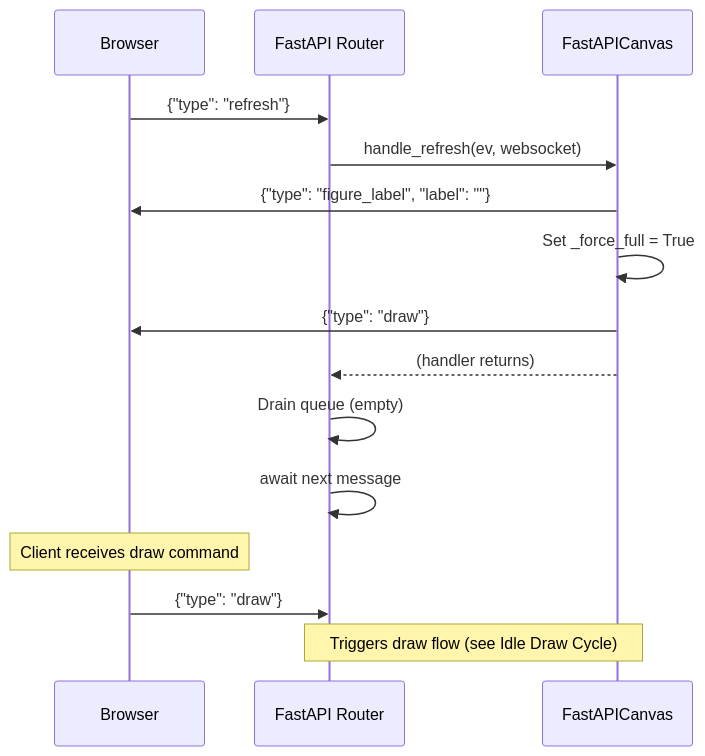
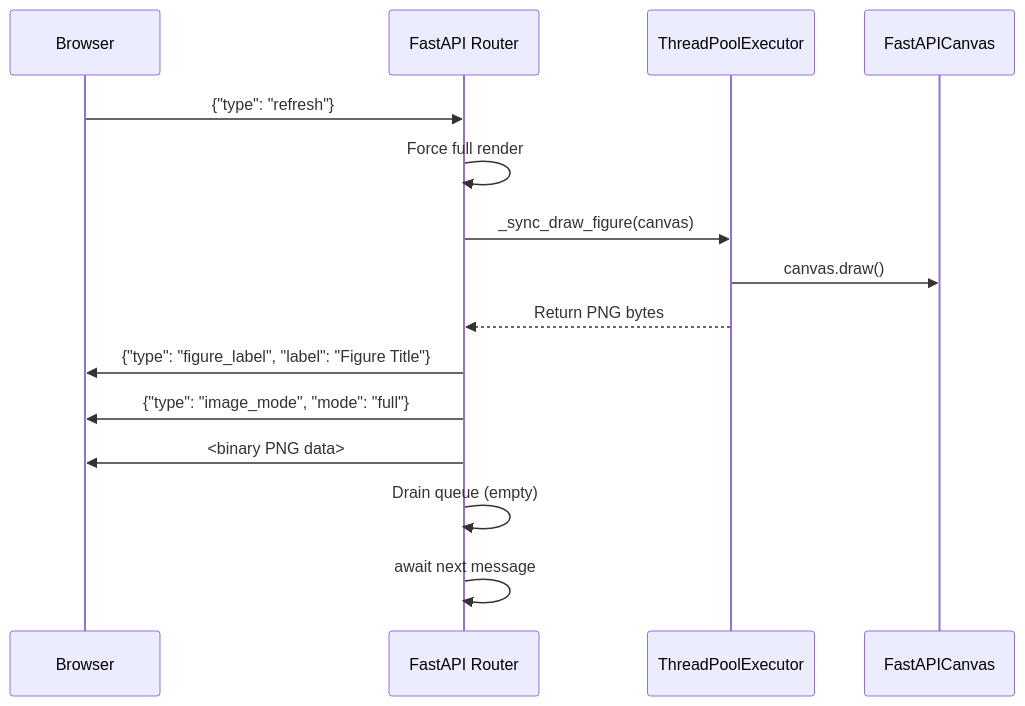
One commit to tacaswell/matplotlib-fastapi changed the sixth of 12 diagrams in docs/websocket-protocol.md. Above: the diagram before and after it, drawn with Mermaid. The commit also changed other lines of this file and 4 other files, not shown here.

````diff
--- a/docs/websocket-protocol.md
+++ b/docs/websocket-protocol.md
@@ -265,19 +260,18 @@
 ```mermaid
 sequenceDiagram
     participant Client as Browser
     participant Router as FastAPI Router
+    participant Executor as ThreadPoolExecutor
     participant Backend as FastAPICanvas
 
     Client->>Router: {"type": "refresh"}
-    Router->>Backend: handle_refresh(ev, websocket)
-    Backend->>Client: {"type": "figure_label", "label": ""}
-    Backend->>Backend: Set _force_full = True
-    Backend->>Client: {"type": "draw"}
-    Backend-->>Router: (handler returns)
+    Router->>Router: Force full render
+    Router->>Executor: _sync_draw_figure(canvas)
+    Executor->>Backend: canvas.draw()
+    Executor-->>Router: Return PNG bytes
+    Router->>Client: {"type": "figure_label", "label": "Figure Title"}
+    Router->>Client: {"type": "image_mode", "mode": "full"}
+    Router->>Client: <binary PNG data>
     Router->>Router: Drain queue (empty)
     Router->>Router: await next message
-    
-    Note over Client: Client receives draw command
-    Client->>Router: {"type": "draw"}
-    Note over Router,Backend: Triggers draw flow (see Idle Draw Cycle)
 ```
````
